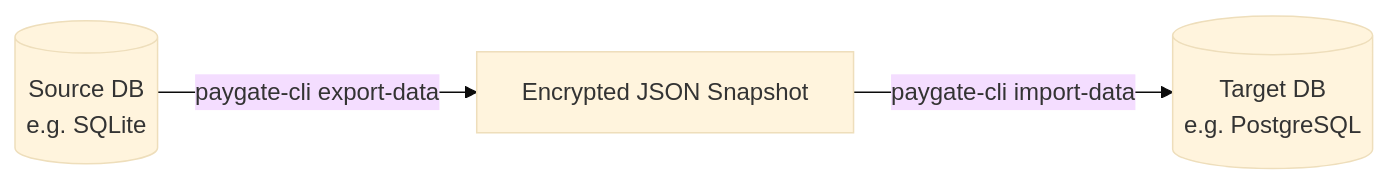
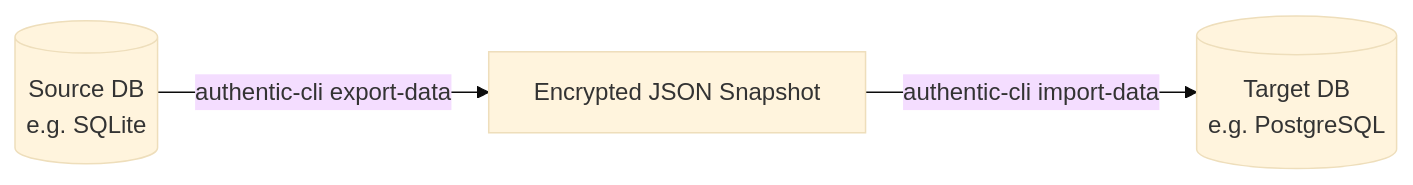
The diagram in docs/MIGRATION_GUIDE.md (FransiTsena/authentic-et), drawn with Mermaid (base theme) before and after one commit. The commit also changed other lines of this file and 76 other files, not shown here.

````diff
--- a/docs/MIGRATION_GUIDE.md
+++ b/docs/MIGRATION_GUIDE.md
@@ -47,5 +47,5 @@
 ```mermaid
 flowchart LR
-    Source[(Source DB\ne.g. SQLite)] -->|paygate-cli export-data| Snapshot[Encrypted JSON Snapshot]
-    Snapshot -->|paygate-cli import-data| Target[(Target DB\ne.g. PostgreSQL)]
+    Source[(Source DB\ne.g. SQLite)] -->|authentic-cli export-data| Snapshot[Encrypted JSON Snapshot]
+    Snapshot -->|authentic-cli import-data| Target[(Target DB\ne.g. PostgreSQL)]
 ```
````
